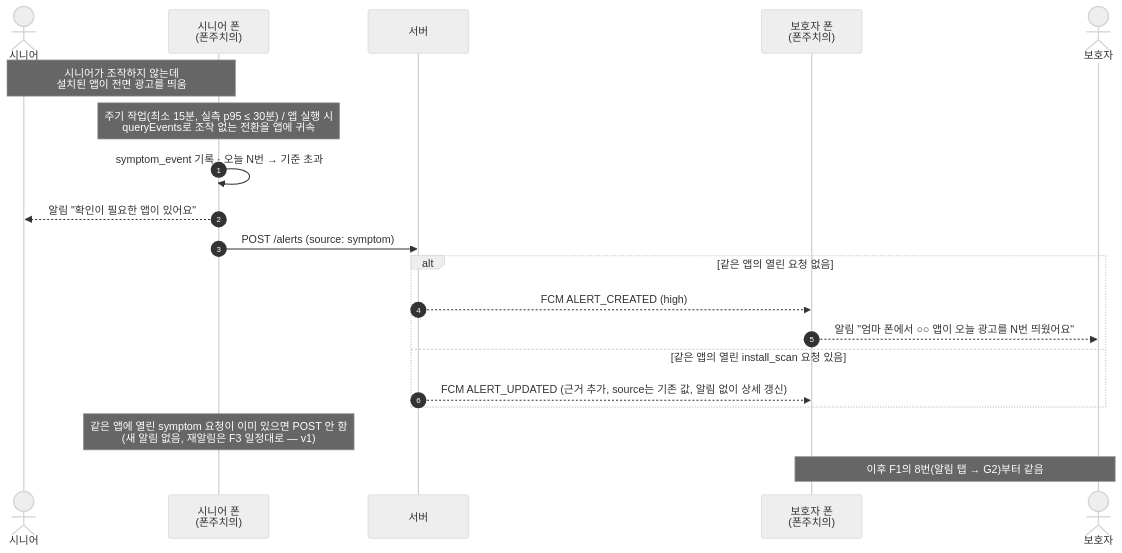
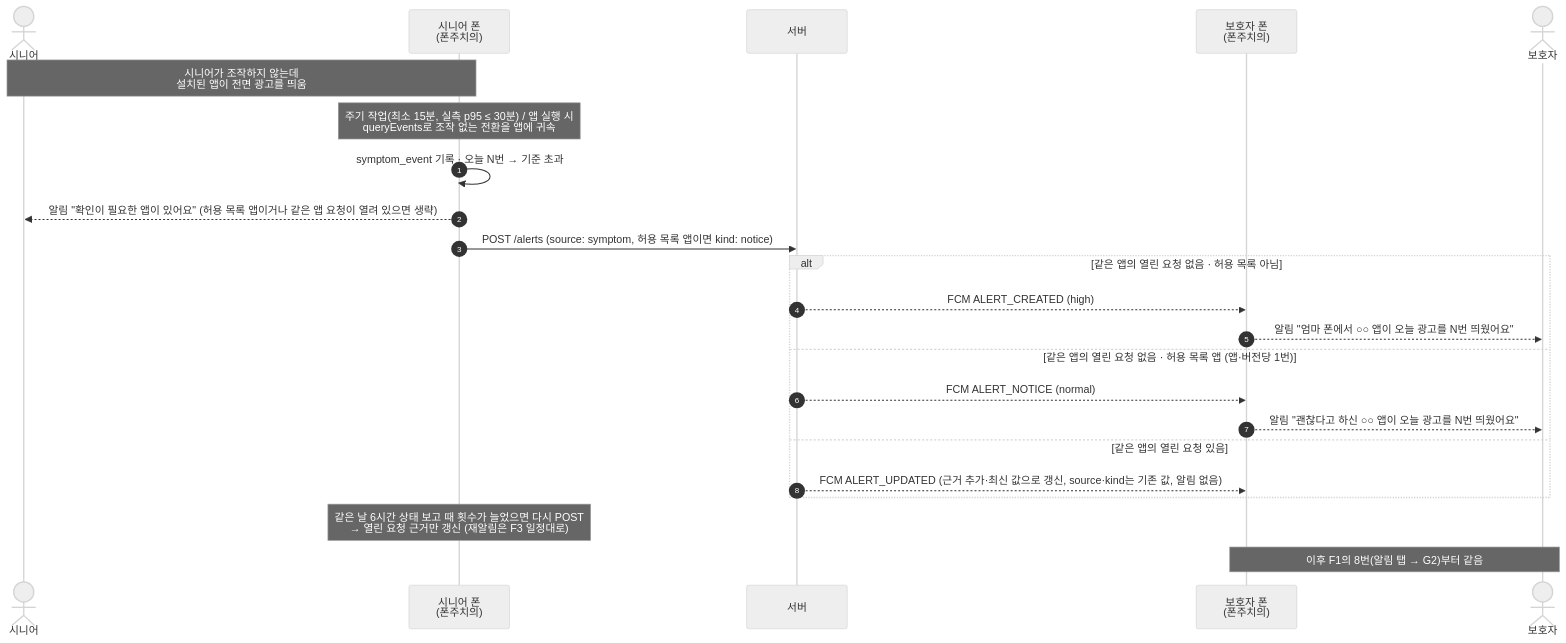
The first of 5 diagrams in specs/001-mvp/ux-flows.md (inq-o/phonedoctor), drawn with Mermaid (neutral theme) before and after one commit. The commit also changed other lines of this file and 6 other files, not shown here.

````diff
--- a/specs/001-mvp/ux-flows.md
+++ b/specs/001-mvp/ux-flows.md
@@ -61,23 +61,26 @@
 ```mermaid
 sequenceDiagram
     autonumber
     actor 시니어
     participant SP as 시니어 폰<br/>(폰주치의)
     participant API as 서버
     participant GP as 보호자 폰<br/>(폰주치의)
     actor 보호자
 
     Note over 시니어,SP: 시니어가 조작하지 않는데<br/>설치된 앱이 전면 광고를 띄움
     Note over SP: 주기 작업(최소 15분, 실측 p95 ≤ 30분) / 앱 실행 시<br/>queryEvents로 조작 없는 전환을 앱에 귀속
     SP->>SP: symptom_event 기록 · 오늘 N번 → 기준 초과
-    SP-->>시니어: 알림 "확인이 필요한 앱이 있어요"
-    SP->>API: POST /alerts (source: symptom)
-    alt 같은 앱의 열린 요청 없음
+    SP-->>시니어: 알림 "확인이 필요한 앱이 있어요" (허용 목록 앱이거나 같은 앱 요청이 열려 있으면 생략)
+    SP->>API: POST /alerts (source: symptom, 허용 목록 앱이면 kind: notice)
+    alt 같은 앱의 열린 요청 없음 · 허용 목록 아님
         API-->>GP: FCM ALERT_CREATED (high)
         GP-->>보호자: 알림 "엄마 폰에서 ○○ 앱이 오늘 광고를 N번 띄웠어요"
-    else 같은 앱의 열린 install_scan 요청 있음
-        API-->>GP: FCM ALERT_UPDATED (근거 추가, source는 기존 값, 알림 없이 상세 갱신)
+    else 같은 앱의 열린 요청 없음 · 허용 목록 앱 (앱·버전당 1번)
+        API-->>GP: FCM ALERT_NOTICE (normal)
+        GP-->>보호자: 알림 "괜찮다고 하신 ○○ 앱이 오늘 광고를 N번 띄웠어요"
+    else 같은 앱의 열린 요청 있음
+        API-->>GP: FCM ALERT_UPDATED (근거 추가·최신 값으로 갱신, source·kind는 기존 값, 알림 없음)
     end
-    Note over SP: 같은 앱에 열린 symptom 요청이 이미 있으면 POST 안 함<br/>(새 알림 없음, 재알림은 F3 일정대로 — v1)
+    Note over SP: 같은 날 6시간 상태 보고 때 횟수가 늘었으면 다시 POST<br/>→ 열린 요청 근거만 갱신 (재알림은 F3 일정대로)
     Note over 보호자,GP: 이후 F1의 8번(알림 탭 → G2)부터 같음
 ```
````
